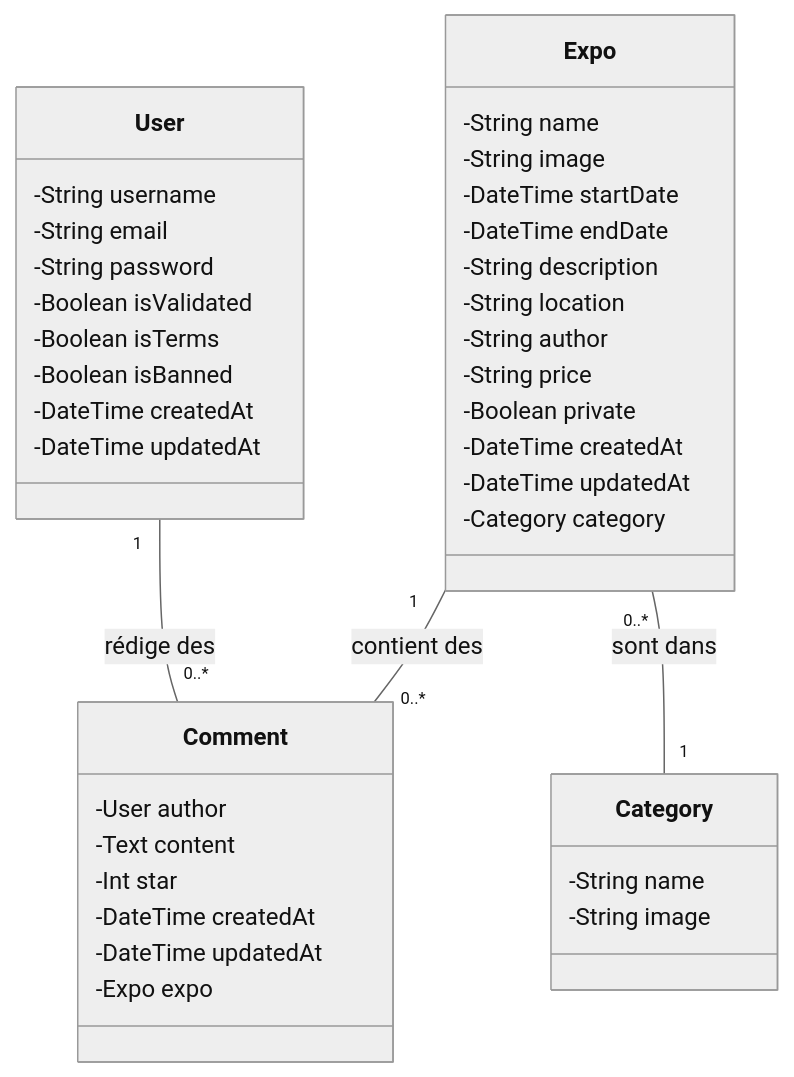
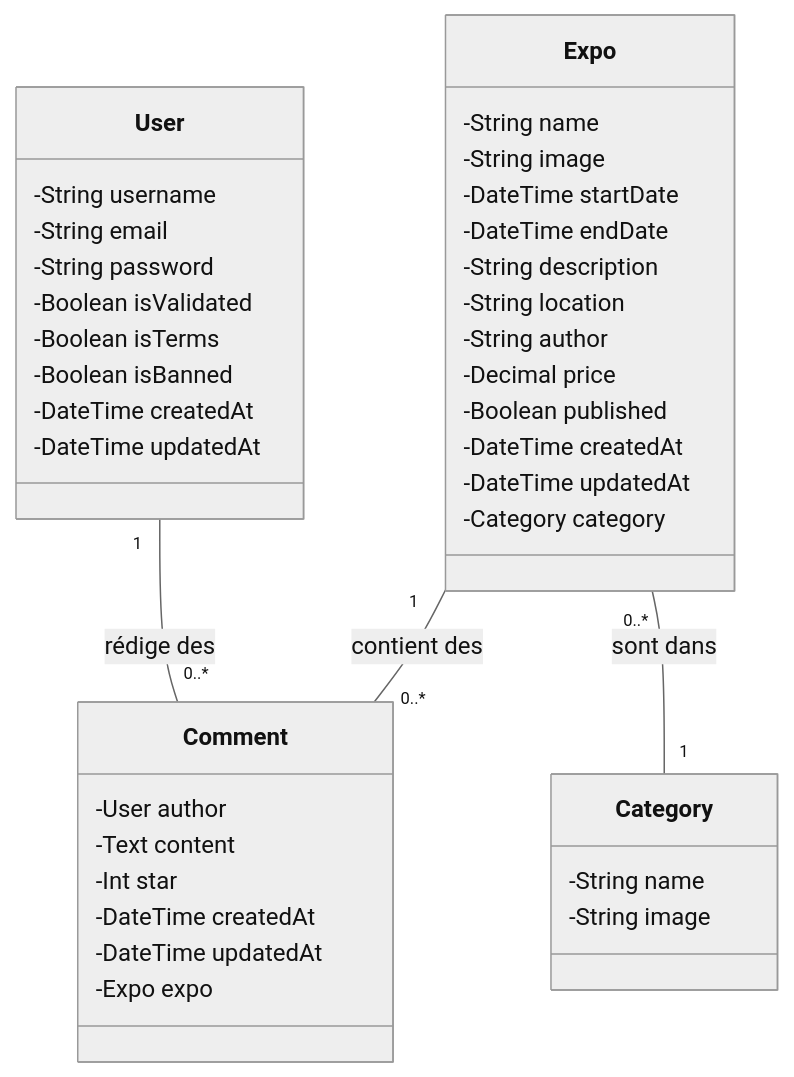
The diagram in classes.md (Jensone/road-to-uml), drawn with Mermaid (neutral theme) before and after one commit. The commit also changed 1 other file, not shown here.

````diff
--- a/classes.md
+++ b/classes.md
@@ -5,48 +5,48 @@
 ```mermaid
 
 classDiagram
     class User {
         -String username
         -String email
         -String password
         -Boolean isValidated
         -Boolean isTerms
         -Boolean isBanned
         -DateTime createdAt
         -DateTime updatedAt
     }
 
     class Expo {
         -String name
         -String image
         -DateTime startDate
         -DateTime endDate
         -String description
         -String location
         -String author
-        -String price
-        -Boolean private
+        -Decimal price
+        -Boolean published
         -DateTime createdAt
         -DateTime updatedAt
         -Category category
     }
 
     class Category {
         -String name
         -String image
     }
 
     class Comment {
         -User author
         -Text content
         -Int star
         -DateTime createdAt
         -DateTime updatedAt
         -Expo expo
     }
 
 User "1" -- "0..*" Comment: rédige des
 Expo "1" -- "0..*" Comment: contient des
 Expo "0..*" -- "1" Category: sont dans
 
 ```
````
